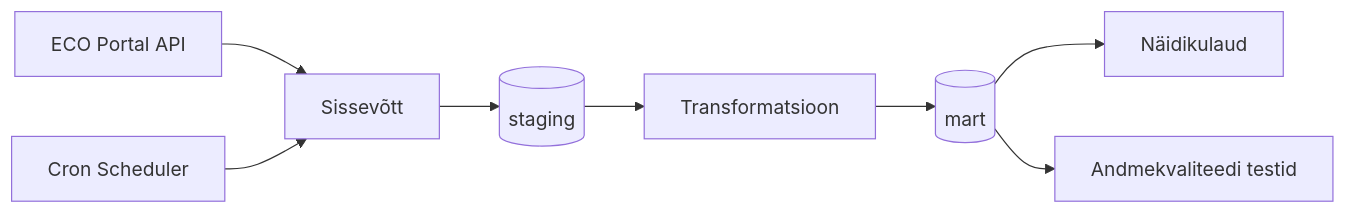
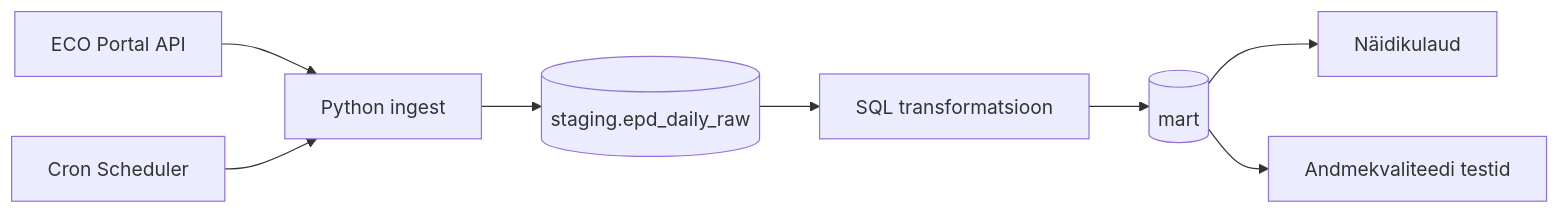
One commit to MMK-spec/eco-epd-data-pipeline changed the diagram in docs/arhitektuur.md. Above: the diagram before and after it, drawn with Mermaid. The commit also changed other lines of this file, not shown here.

````diff
--- a/docs/arhitektuur.md
+++ b/docs/arhitektuur.md
@@ -24,10 +24,10 @@
 ```mermaid
 flowchart LR
-    source[ECO Portal API]  --> ingest[Sissevõtt]
-    ingest --> staging[(staging)]
-    staging --> transform[Transformatsioon]
+    source[ECO Portal API]  --> ingest[Python ingest]
+    ingest --> staging[(staging.epd_daily_raw)]
+    staging --> transform[SQL transformatsioon]
     transform --> mart[(mart)]
     mart --> dashboard[Näidikulaud]
     mart --> quality[Andmekvaliteedi testid]
     scheduler[Cron Scheduler] --> ingest
 ```
````
